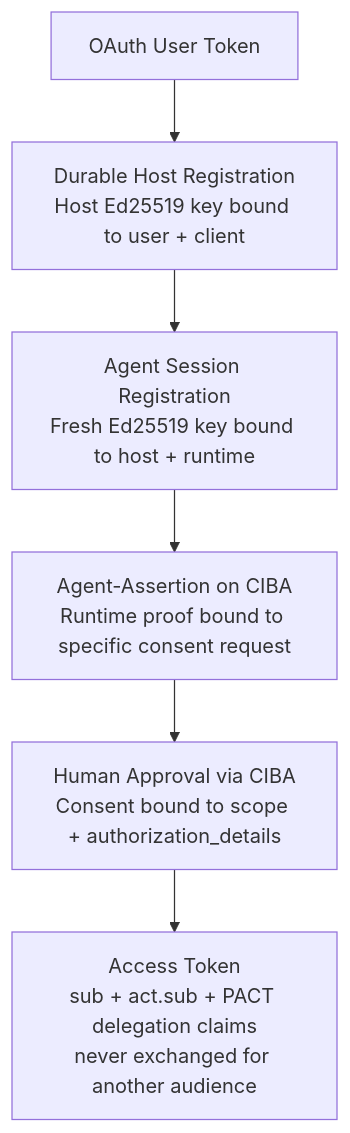
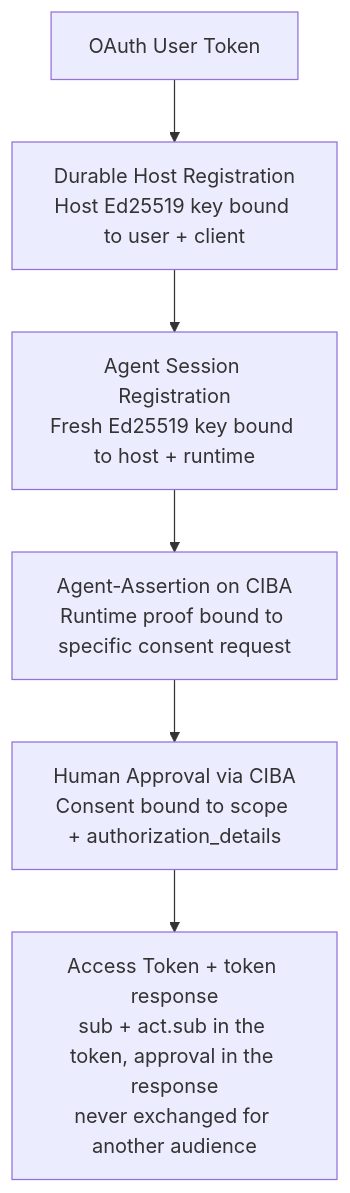
Before and after one commit to gustavovalverde/zentity: the fifth of 5 diagrams in docs/(specs)/pact-v0.1-draft.md, drawn with Mermaid. The commit also changed other lines of this file and 29 other files, not shown here.

First line of the commit message:
feat(agents)!: move agent authorization from access tokens to the token response

````diff
--- a/docs/(specs)/pact-v0.1-draft.md
+++ b/docs/(specs)/pact-v0.1-draft.md
@@ -901,9 +880,9 @@
 ```mermaid
 flowchart TD
     A["OAuth User Token"] --> B
     B["Durable Host Registration\nHost Ed25519 key bound to user + client"] --> C
     C["Agent Session Registration\nFresh Ed25519 key bound to host + runtime"] --> D
     D["Agent-Assertion on CIBA\nRuntime proof bound to specific consent request"] --> E
     E["Human Approval via CIBA\nConsent bound to scope + authorization_details"] --> F
-    F["Access Token\nsub + act.sub + PACT delegation claims\nnever exchanged for another audience"]
+    F["Access Token + token response\nsub + act.sub in the token, approval in the response\nnever exchanged for another audience"]
 ```
````
